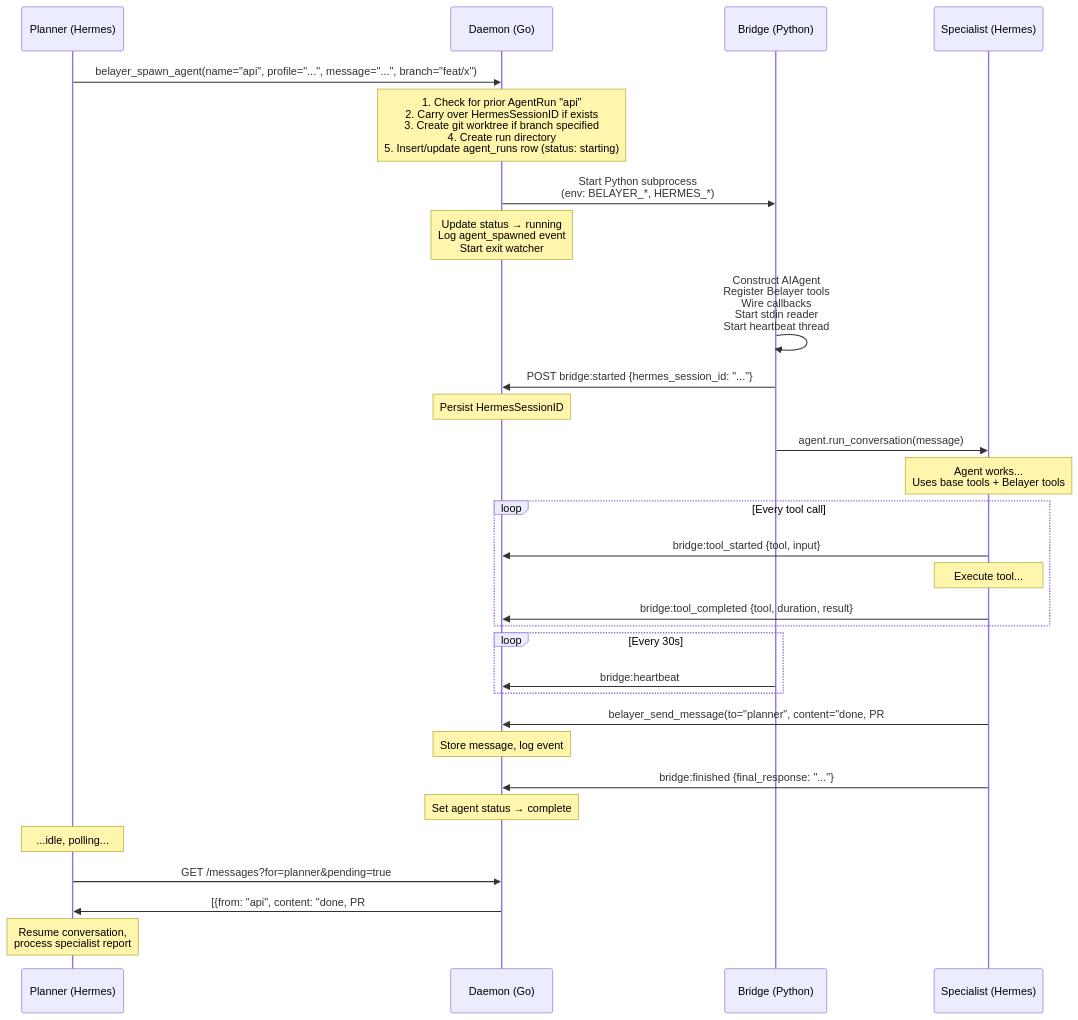
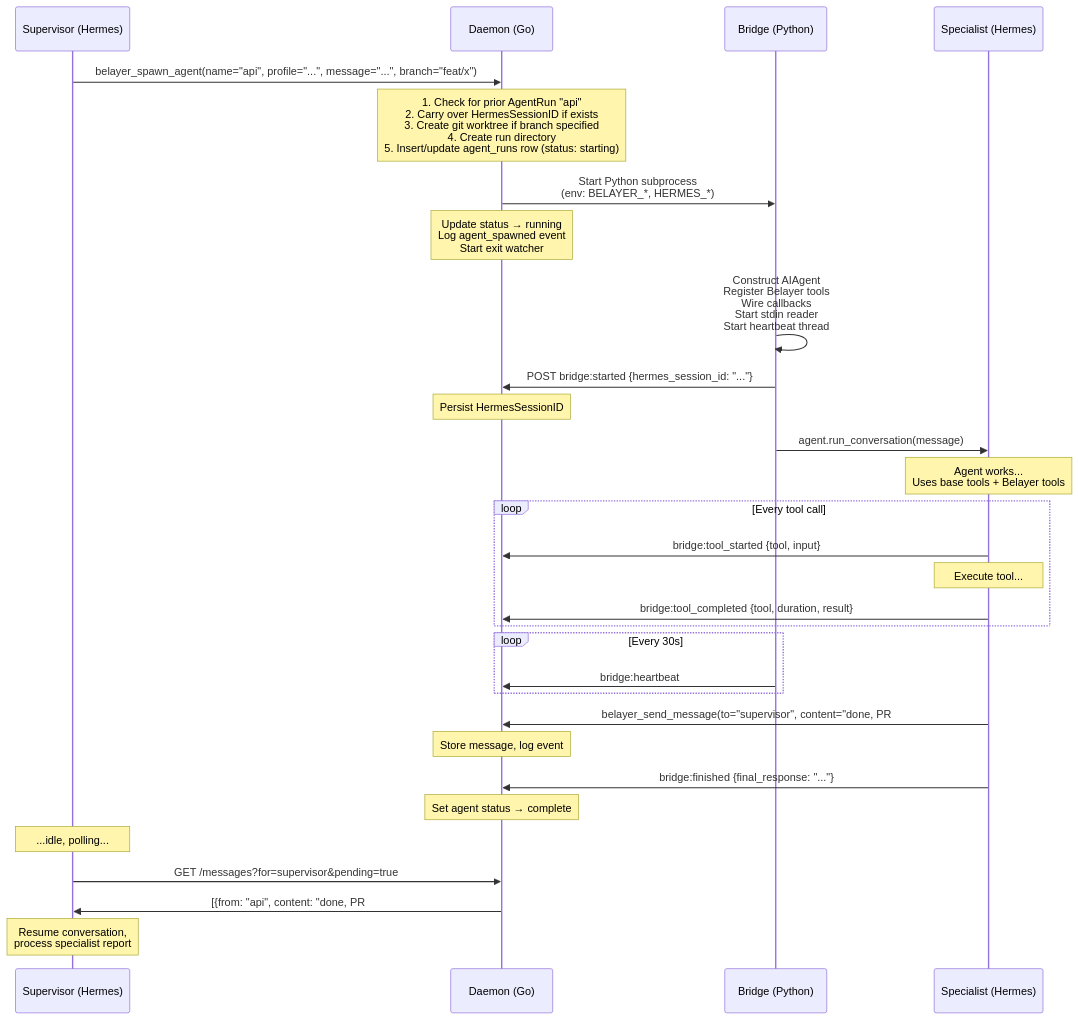
Before and after one commit to donovan-yohan/belayer: the eighth of 11 diagrams in docs/AGENT_ARCHITECTURE.md, drawn with Mermaid. The commit also changed other lines of this file and 2 other files, not shown here.

First line of the commit message:
docs: update architecture docs and prompts for supervisor rename and tool gating

````diff
--- a/docs/AGENT_ARCHITECTURE.md
+++ b/docs/AGENT_ARCHITECTURE.md
@@ -324,42 +324,42 @@
 ```mermaid
 sequenceDiagram
-    participant P as Planner (Hermes)
+    participant P as Supervisor (Hermes)
     participant D as Daemon (Go)
     participant B as Bridge (Python)
     participant S as Specialist (Hermes)
 
     P->>D: belayer_spawn_agent(name="api", profile="...", message="...", branch="feat/x")
     Note over D: 1. Check for prior AgentRun "api"<br/>2. Carry over HermesSessionID if exists<br/>3. Create git worktree if branch specified<br/>4. Create run directory<br/>5. Insert/update agent_runs row (status: starting)
 
     D->>B: Start Python subprocess<br/>(env: BELAYER_*, HERMES_*)
     Note over D: Update status → running<br/>Log agent_spawned event<br/>Start exit watcher
 
     B->>B: Construct AIAgent<br/>Register Belayer tools<br/>Wire callbacks<br/>Start stdin reader<br/>Start heartbeat thread
 
     B->>D: POST bridge:started {hermes_session_id: "..."}
     Note over D: Persist HermesSessionID
 
     B->>S: agent.run_conversation(message)
     Note over S: Agent works...<br/>Uses base tools + Belayer tools
 
     loop Every tool call
         S->>D: bridge:tool_started {tool, input}
         Note over S: Execute tool...
         S->>D: bridge:tool_completed {tool, duration, result}
     end
 
     loop Every 30s
         B->>D: bridge:heartbeat
     end
 
-    S->>D: belayer_send_message(to="planner", content="done, PR #42 ready")
+    S->>D: belayer_send_message(to="supervisor", content="done, PR #42 ready")
     Note over D: Store message, log event
 
     S->>D: bridge:finished {final_response: "..."}
     Note over D: Set agent status → complete
 
     Note over P: ...idle, polling...
-    P->>D: GET /messages?for=planner&pending=true
+    P->>D: GET /messages?for=supervisor&pending=true
     D->>P: [{from: "api", content: "done, PR #42 ready"}]
     Note over P: Resume conversation,<br/>process specialist report
 ```
````
